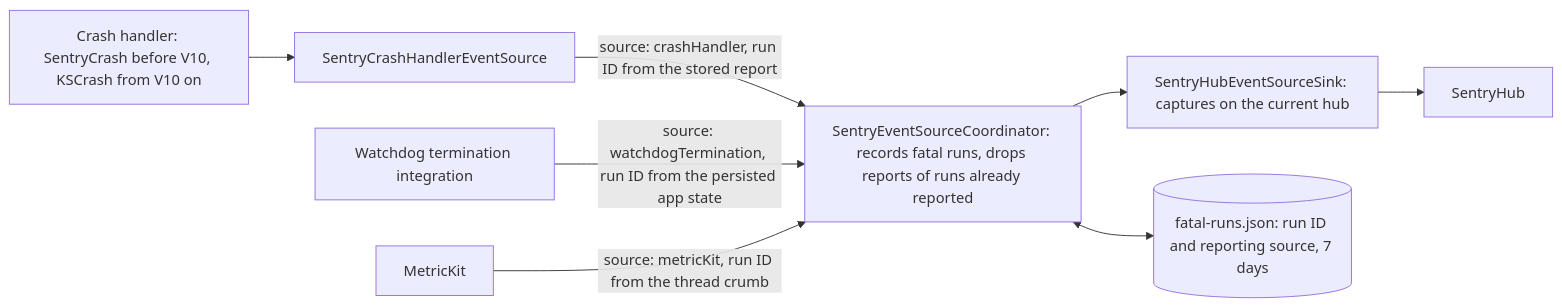
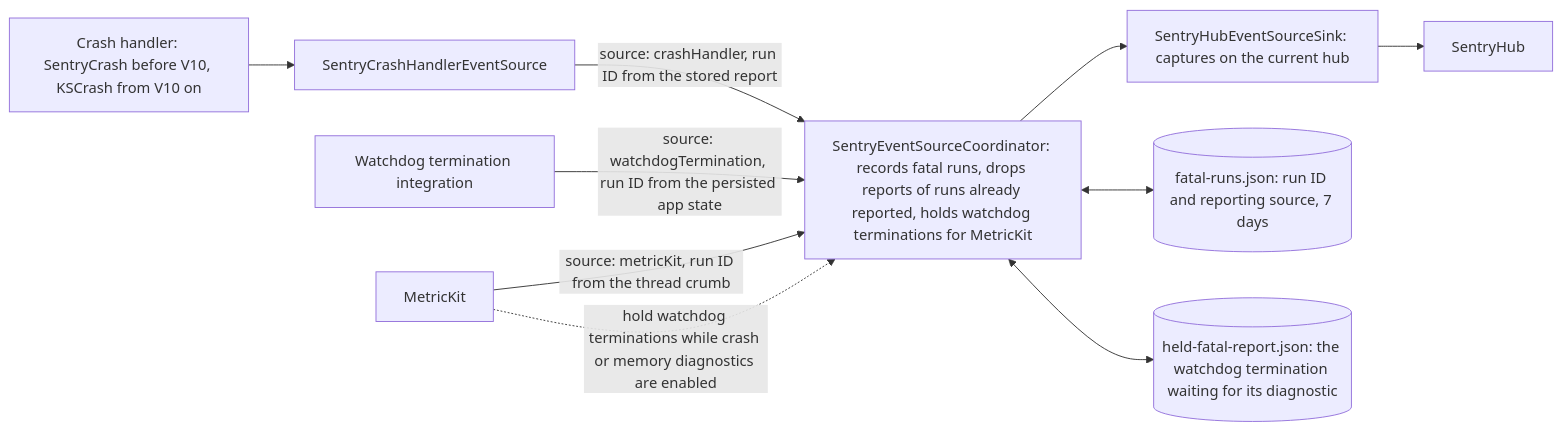
Before and after one commit to getsentry/sentry-cocoa: the second of 2 diagrams in develop-docs/ARCHITECTURE.md, drawn with Mermaid. The commit also changed other lines of this file and 24 other files, not shown here.

First line of the commit message:
feat: Hold watchdog terminations for MetricKit

````diff
--- a/develop-docs/ARCHITECTURE.md
+++ b/develop-docs/ARCHITECTURE.md
@@ -71,10 +71,12 @@
 ```mermaid
 flowchart LR
     Crash["Crash handler: SentryCrash before V10, KSCrash from V10 on"] --> CrashSource["SentryCrashHandlerEventSource"]
     CrashSource -- "source: crashHandler, run ID from the stored report" --> Coordinator
     Watchdog["Watchdog termination integration"] -- "source: watchdogTermination, run ID from the persisted app state" --> Coordinator
     MetricKit["MetricKit"] -- "source: metricKit, run ID from the thread crumb" --> Coordinator
-    Coordinator["SentryEventSourceCoordinator: records fatal runs, drops reports of runs already reported"] --> HubSink["SentryHubEventSourceSink: captures on the current hub"]
+    Coordinator["SentryEventSourceCoordinator: records fatal runs, drops reports of runs already reported, holds watchdog terminations for MetricKit"] --> HubSink["SentryHubEventSourceSink: captures on the current hub"]
     Coordinator <--> FatalRuns[("fatal-runs.json: run ID and reporting source, 7 days")]
+    Coordinator <--> Held[("held-fatal-report.json: the watchdog termination waiting for its diagnostic")]
+    MetricKit -. "hold watchdog terminations while crash or memory diagnostics are enabled" .-> Coordinator
     HubSink --> Hub["SentryHub"]
 ```
````
